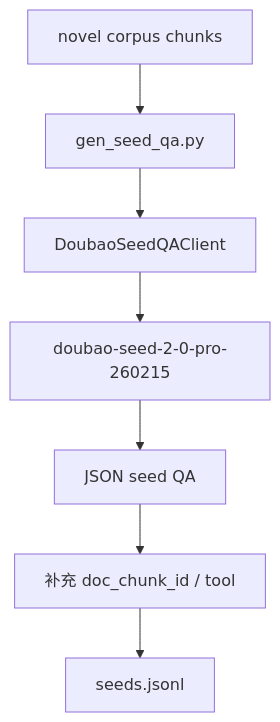
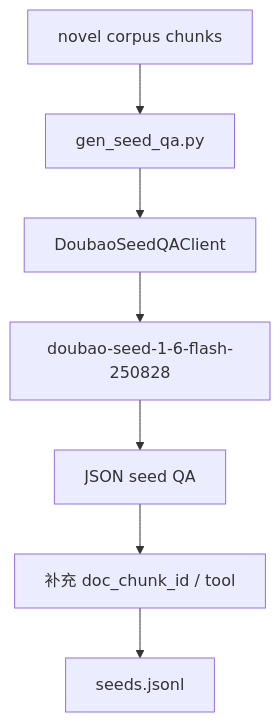
Before and after one commit to Lafinger/AgenticRAG-RL: the fifth of 16 diagrams in demo/README.md, drawn with Mermaid. The commit also changed other lines of this file and 4 other files, not shown here.

Commit message:
在 Step 3: 生成小说域 seed QA 里，doubao 大模型改为默认使用 "doubao-seed-1-6-flash-250828"

````diff
--- a/demo/README.md
+++ b/demo/README.md
@@ -238,9 +238,9 @@
 ```mermaid
 flowchart TD
     A["novel corpus chunks"] --> B["gen_seed_qa.py"]
     B --> C["DoubaoSeedQAClient"]
-    C --> D["doubao-seed-2-0-pro-260215"]
+    C --> D["doubao-seed-1-6-flash-250828"]
     D --> E["JSON seed QA"]
     E --> F["补充 doc_chunk_id / tool"]
     F --> G["seeds.jsonl"]
 ```
````
